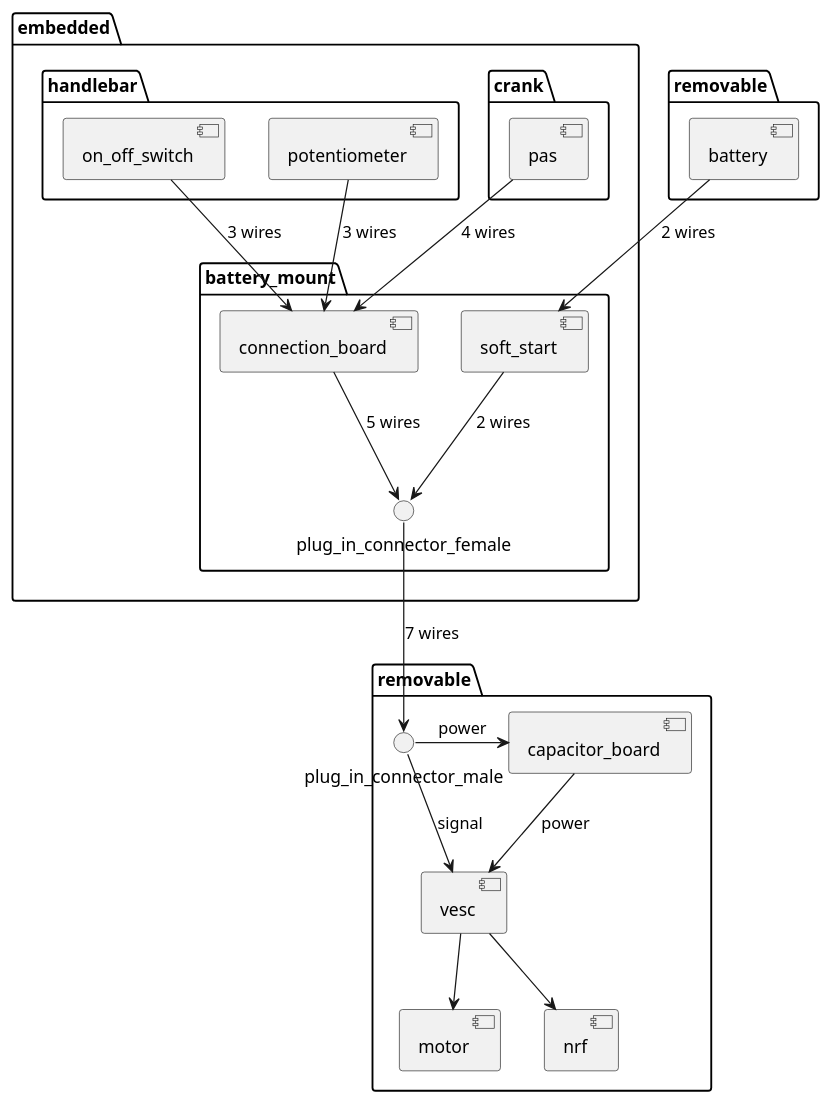
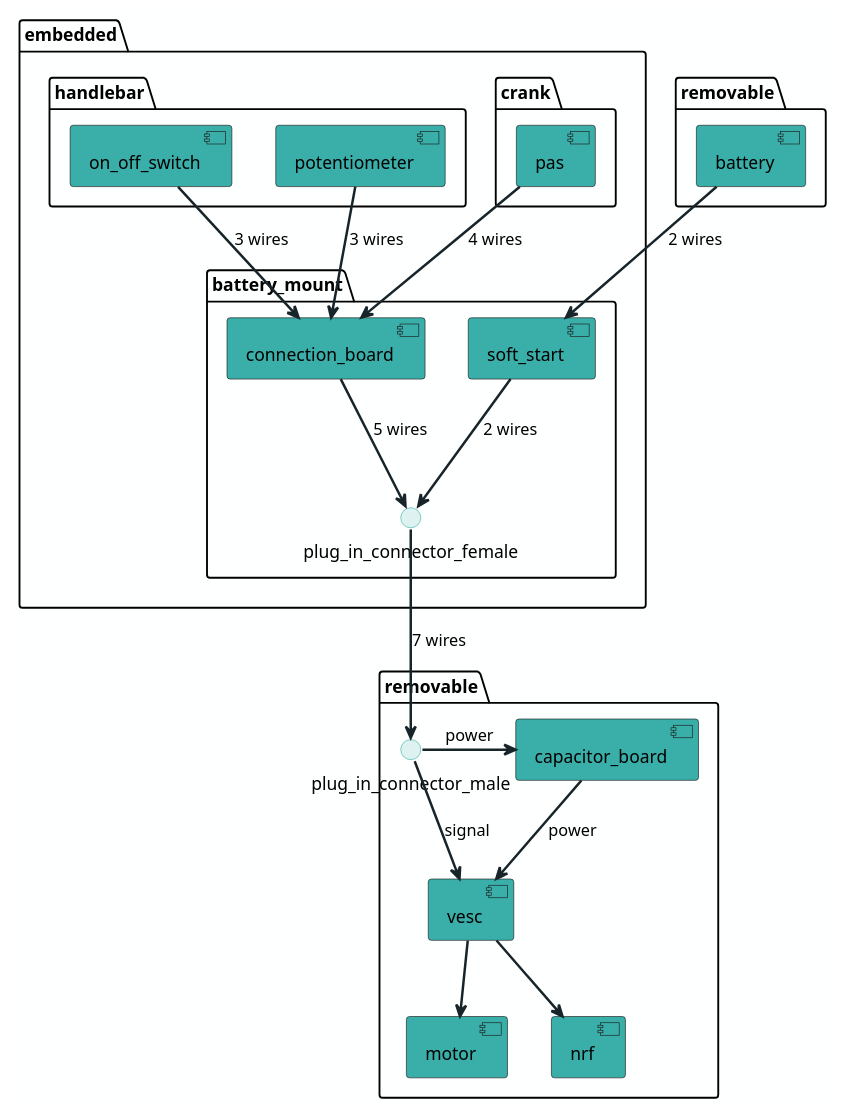
The diagram in uml/fdrive-system-view.iuml (PiotrStrzalka/PiotrStrzalka.github.io), drawn with PlantUML before and after one commit. The commit also changed 9 other files, not shown here.

Commit message:
Add system diagram, correct about page, progress in system post.

```diff
--- a/uml/fdrive-system-view.iuml
+++ b/uml/fdrive-system-view.iuml
@@ -1,42 +1,58 @@
 @startuml
+
+skinparam backgroundColor #FEFFFF
+
+skinparam InterfaceBackgroundColor #DEF2F1
+skinparam InterfaceBorderColor #3AAFA9
+
+skinparam component {
+  StartColor Black
+  EndColor Black
+  BackgroundColor #3AAFA9
+  FontName Yu Gothic UI Semibold
+  ArrowColor #17252A
+  ArrowThickness 2
+  ArrowFontName Yu Gothic UI Semibold
+}
+
     package "removable" as battery_r {
         [battery]
     }
 
     package embedded {
         package crank {
             [pas]
         }
         
         package handlebar {
             [on_off_switch]
             [potentiometer]
         }
         package battery_mount {
             [soft_start]
             [connection_board]
             interface plug_in_connector_female
         }
         potentiometer --> connection_board : 3 wires
         pas --> connection_board : 4 wires
         on_off_switch --> connection_board : 3 wires
         connection_board --> plug_in_connector_female :  5 wires
     }
     
     package removable {
         interface plug_in_connector_male
         [vesc]
         [motor]
         [nrf]
         [capacitor_board]
         plug_in_connector_male -> capacitor_board : power             
         plug_in_connector_male -> vesc : signal
         capacitor_board --> vesc : power
         vesc --> motor
         vesc --> nrf
     } 
     
     battery --> soft_start : 2 wires
     soft_start --> plug_in_connector_female : 2 wires
     plug_in_connector_female --> plug_in_connector_male : 7 wires
 @enduml
```
